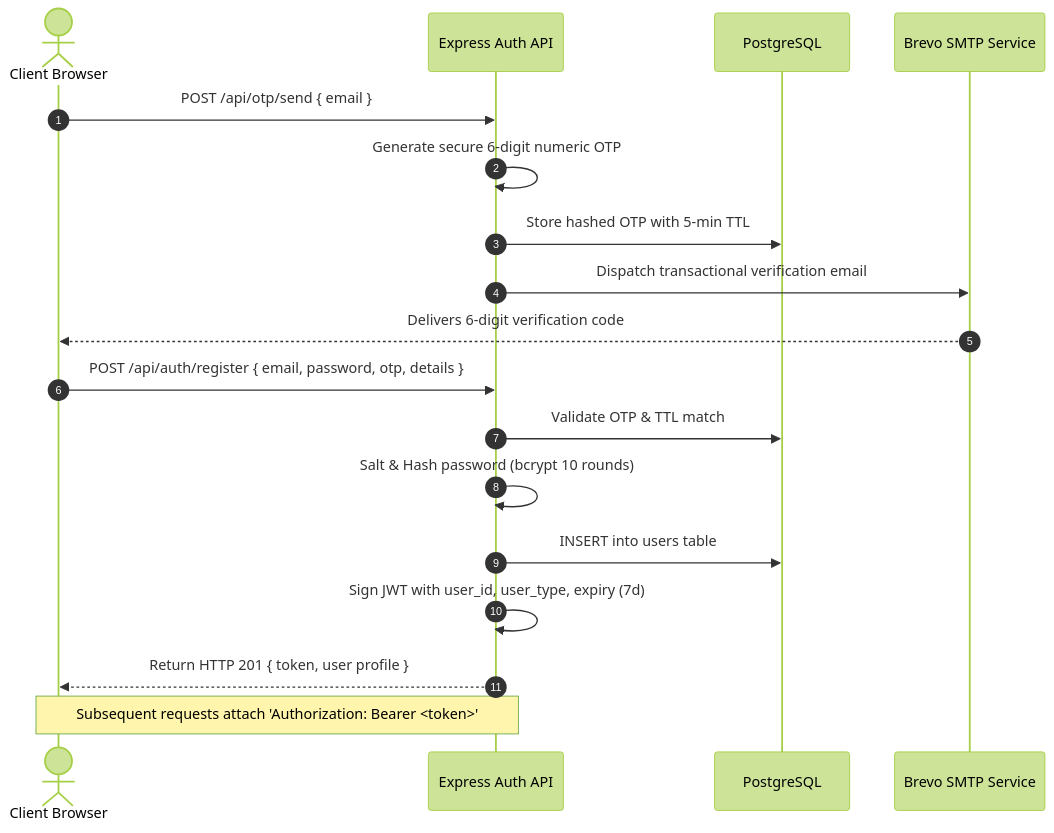
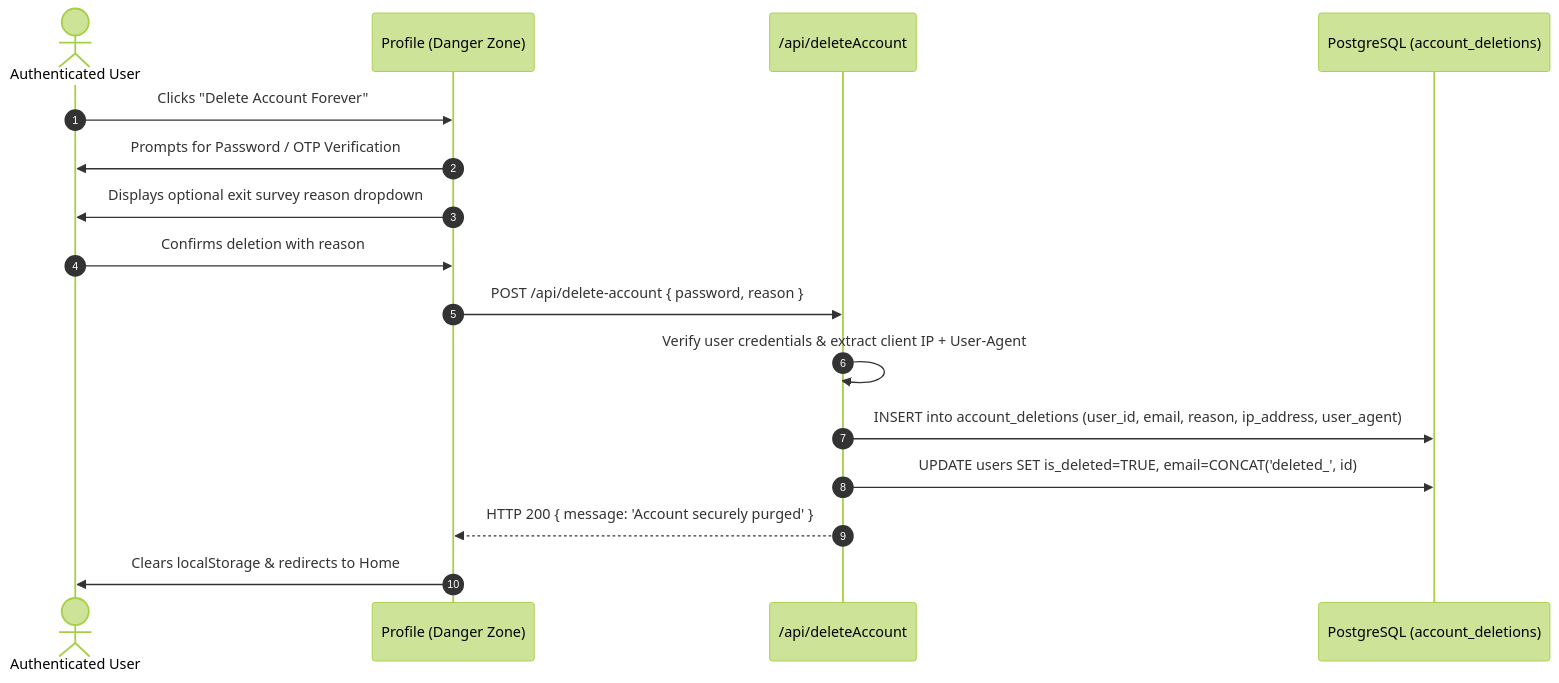
One commit to sun2004ny/Bada_Builder changed the fifth of 6 diagrams in README.md. Above: the diagram before and after it, drawn with Mermaid (forest theme). The commit also changed other lines of this file, not shown here.

````diff
--- a/README.md
+++ b/README.md
@@ -205,22 +331,19 @@
 ```mermaid
 sequenceDiagram
     autonumber
-    actor User as Client Browser
-    participant API as Express Auth API
-    participant DB as PostgreSQL
-    participant Mail as Brevo SMTP Service
+    actor User as Authenticated User
+    participant App as Profile (Danger Zone)
+    participant API as /api/deleteAccount
+    participant DB as PostgreSQL (account_deletions)
 
-    User->>API: POST /api/otp/send { email }
-    API->>API: Generate secure 6-digit numeric OTP
-    API->>DB: Store hashed OTP with 5-min TTL
-    API->>Mail: Dispatch transactional verification email
-    Mail-->>User: Delivers 6-digit verification code
-
-    User->>API: POST /api/auth/register { email, password, otp, details }
-    API->>DB: Validate OTP & TTL match
-    API->>API: Salt & Hash password (bcrypt 10 rounds)
-    API->>DB: INSERT into users table
-    API->>API: Sign JWT with user_id, user_type, expiry (7d)
-    API-->>User: Return HTTP 201 { token, user profile }
-    Note over User,API: Subsequent requests attach 'Authorization: Bearer <token>'
+    User->>App: Clicks "Delete Account Forever"
+    App->>User: Prompts for Password / OTP Verification
+    App->>User: Displays optional exit survey reason dropdown
+    User->>App: Confirms deletion with reason
+    App->>API: POST /api/delete-account { password, reason }
+    API->>API: Verify user credentials & extract client IP + User-Agent
+    API->>DB: INSERT into account_deletions (user_id, email, reason, ip_address, user_agent)
+    API->>DB: UPDATE users SET is_deleted=TRUE, email=CONCAT('deleted_', id)
+    API-->>App: HTTP 200 { message: 'Account securely purged' }
+    App->>User: Clears localStorage & redirects to Home
 ```
````
